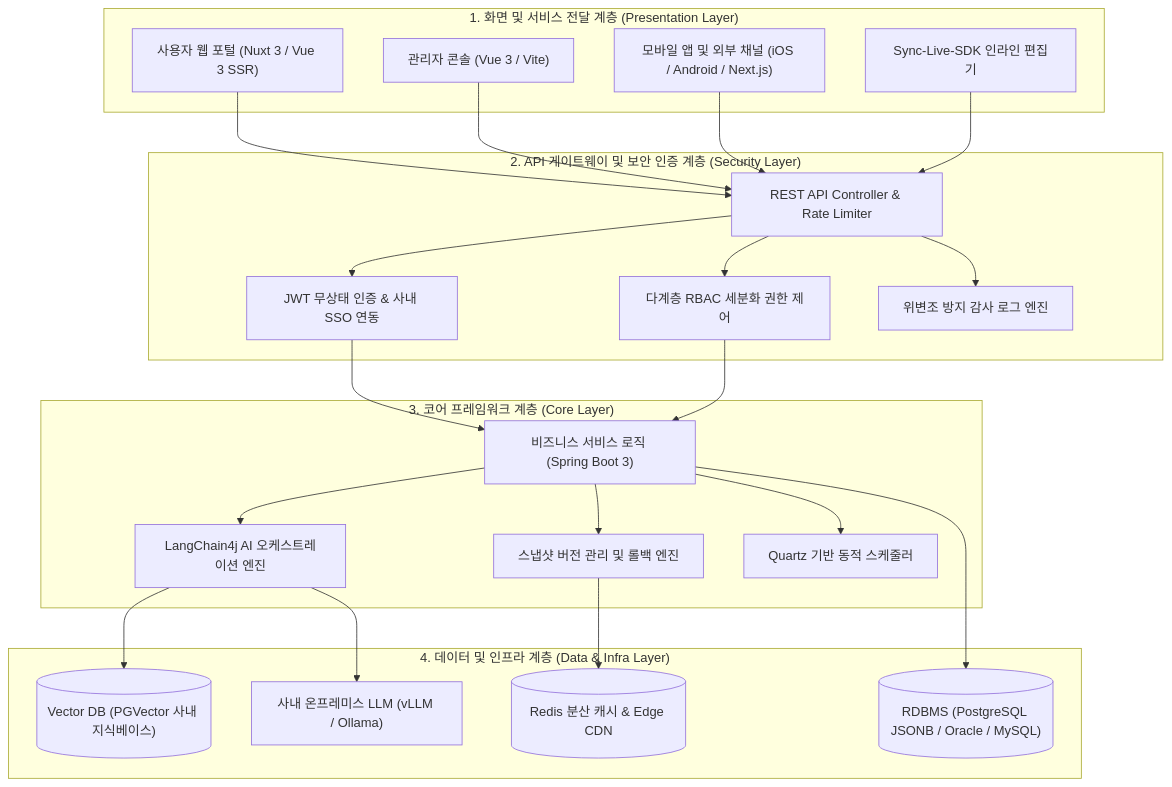
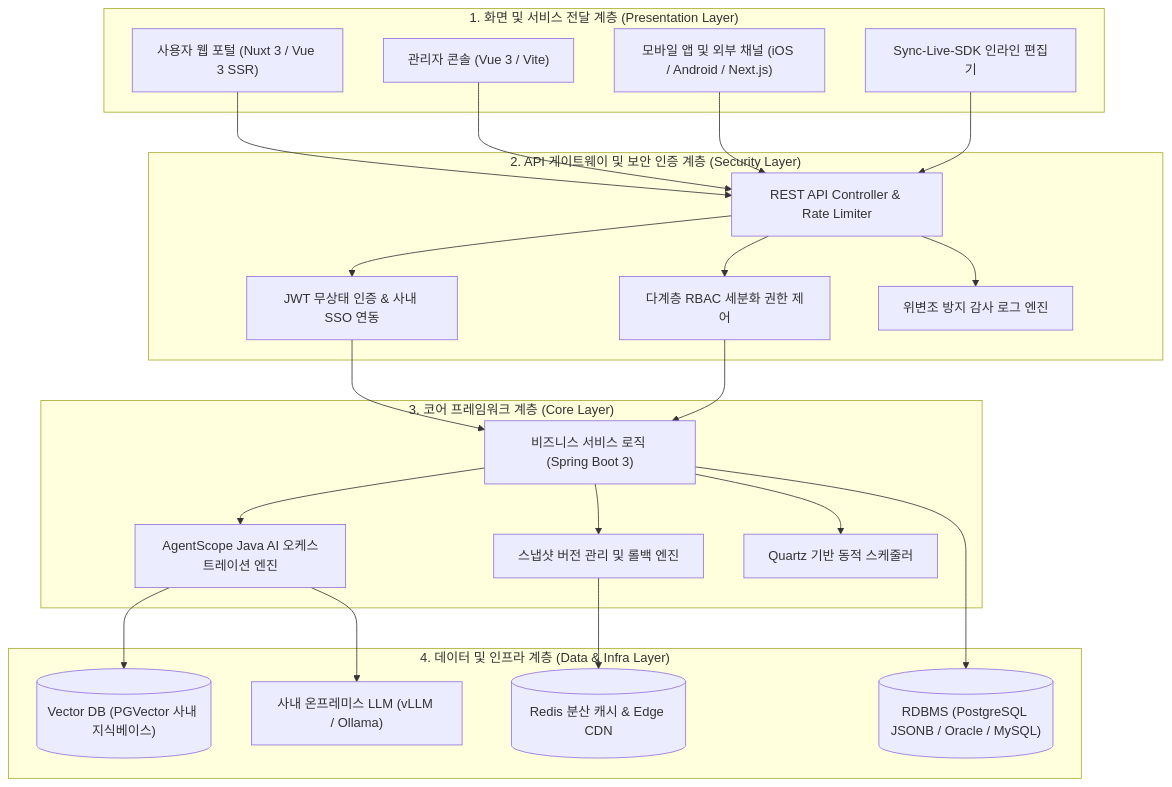
One commit to DramaticCollaboration/doc.github.io changed the first of 2 diagrams in ko/synccms/architecture.md. Above: the diagram before and after it, drawn with Mermaid. The commit also changed other lines of this file and 21 other files, not shown here.

````diff
--- a/ko/synccms/architecture.md
+++ b/ko/synccms/architecture.md
@@ -25,38 +25,38 @@
 ```mermaid
 graph TD
     subgraph "1. 화면 및 서비스 전달 계층 (Presentation Layer)"
         UI1["사용자 웹 포털 (Nuxt 3 / Vue 3 SSR)"]
         UI2["관리자 콘솔 (Vue 3 / Vite)"]
         UI3["모바일 앱 및 외부 채널 (iOS / Android / Next.js)"]
         UI4["Sync-Live-SDK 인라인 편집기"]
     end
 
     subgraph "2. API 게이트웨이 및 보안 인증 계층 (Security Layer)"
         GW["REST API Controller & Rate Limiter"]
         SSO["JWT 무상태 인증 & 사내 SSO 연동"]
         RBAC["다계층 RBAC 세분화 권한 제어"]
         AUDIT["위변조 방지 감사 로그 엔진"]
     end
 
     subgraph "3. 코어 프레임워크 계층 (Core Layer)"
         CTRL["비즈니스 서비스 로직 (Spring Boot 3)"]
-        LC4J["LangChain4j AI 오케스트레이션 엔진"]
+        AS["AgentScope Java AI 오케스트레이션 엔진"]
         ENG["스냅샷 버전 관리 및 롤백 엔진"]
         SCHED["Quartz 기반 동적 스케줄러"]
     end
 
     subgraph "4. 데이터 및 인프라 계층 (Data & Infra Layer)"
         RDB[("RDBMS (PostgreSQL JSONB / Oracle / MySQL)")]
         VEC[("Vector DB (PGVector 사내 지식베이스)")]
         CACHE[("Redis 분산 캐시 & Edge CDN")]
         LLM["사내 온프레미스 LLM (vLLM / Ollama)"]
     end
 
     UI1 & UI2 & UI3 & UI4 --> GW
     GW --> SSO & RBAC & AUDIT
     SSO & RBAC --> CTRL
-    CTRL --> LC4J & ENG & SCHED
+    CTRL --> AS & ENG & SCHED
     CTRL --> RDB
-    LC4J --> VEC & LLM
+    AS --> VEC & LLM
     ENG --> CACHE
 ```
````
